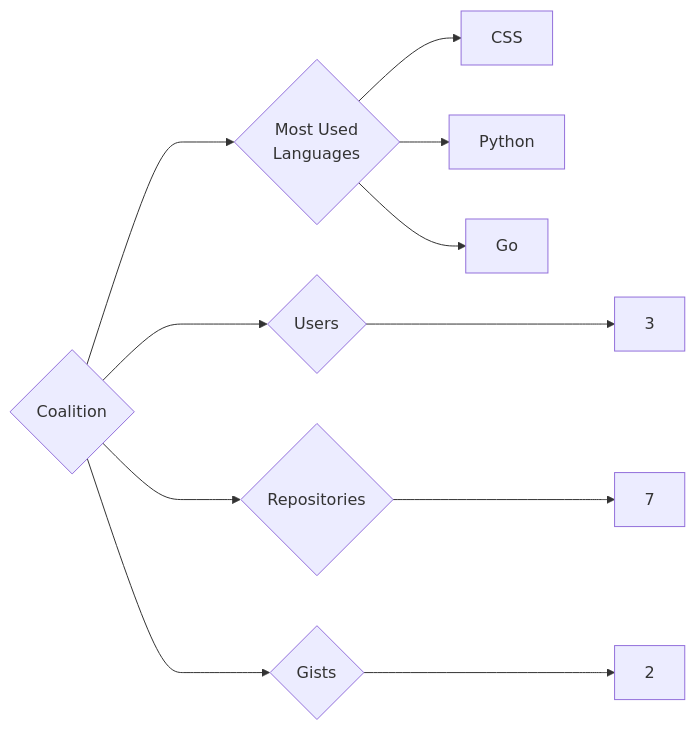
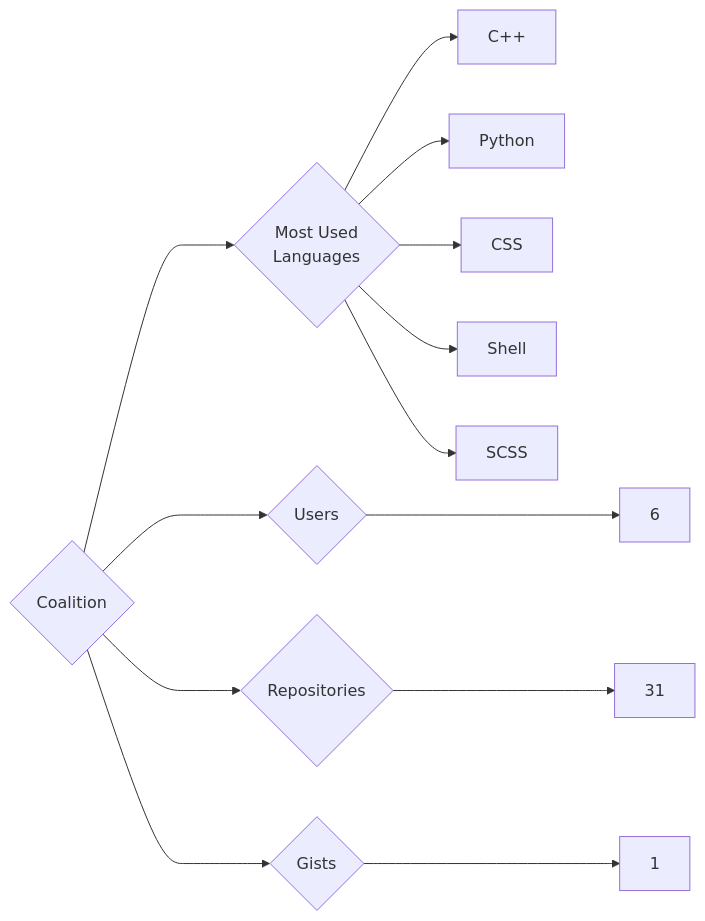
One commit to trickest/insiders changed the diagram in targets/Coalition/README.md. Above: the diagram before and after it, drawn with Mermaid. The commit also changed 1089 other files, not shown here.

````diff
--- a/targets/Coalition/README.md
+++ b/targets/Coalition/README.md
@@ -3,11 +3,13 @@
 ```mermaid
 graph LR
 COMPANY_NAME{Coalition}
-COMPANY_NAME ---> U{Users} ---> UN[3]
-COMPANY_NAME ---> R{Repositories} ---> RN[7]
-COMPANY_NAME ---> G{Gists} ---> GN[2]
+COMPANY_NAME ---> U{Users} ---> UN[6]
+COMPANY_NAME ---> R{Repositories} ---> RN[31]
+COMPANY_NAME ---> G{Gists} ---> GN[1]
 COMPANY_NAME ---> ML{Most Used<br>Languages}
+ML --> C++[C++]
+ML --> Python[Python]
 ML --> CSS[CSS]
-ML --> Python[Python]
-ML --> Go[Go]
+ML --> Shell[Shell]
+ML --> SCSS[SCSS]
 ```
````
